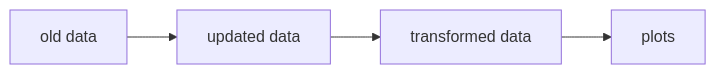
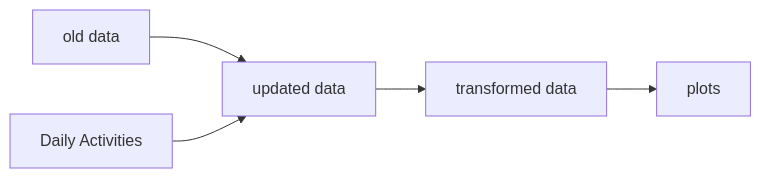
One commit to krystinli/Time_Management changed the diagram in README.md. Above: the diagram before and after it, drawn with Mermaid. The commit also changed other lines of this file, not shown here.

````diff
--- a/README.md
+++ b/README.md
@@ -36,6 +34,7 @@
 ```mermaid
 graph LR;
     A[old data] --> B[updated data]
+    E[Daily Activities] --> B[updated data]
     B[updated data] --> C[transformed data]
     C[transformed data] --> D[plots]
 ```
````
